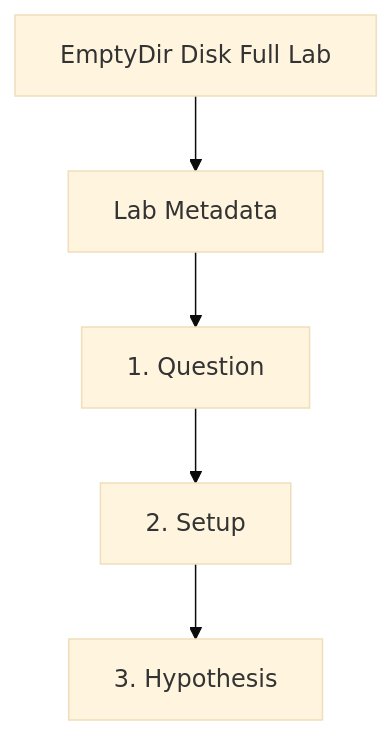
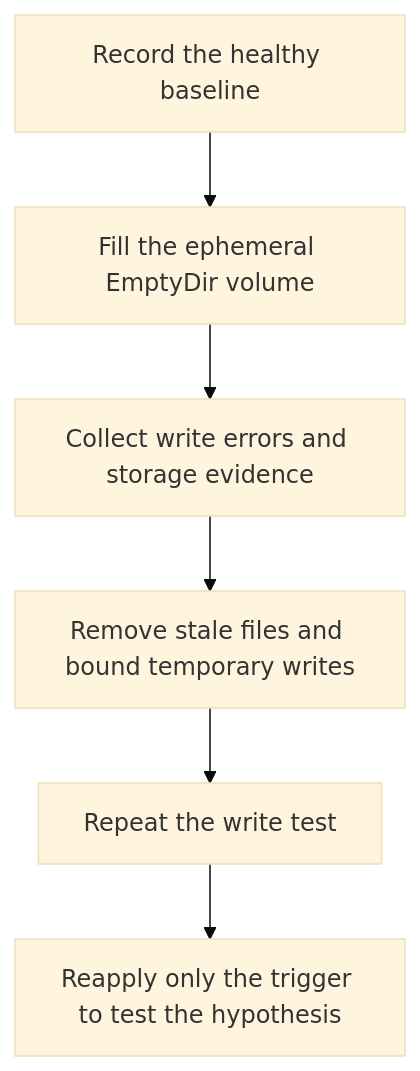
One commit to yeongseon/azure-container-apps-practical-guide changed the diagram in docs/troubleshooting/lab-guides/emptydir-disk-full.md. Above: the diagram before and after it, drawn with Mermaid (base theme). The commit also changed other lines of this file and 25 other files, not shown here.

Commit message:
docs(diagrams): migrate lab guide diagrams (#624)

````diff
--- a/docs/troubleshooting/lab-guides/emptydir-disk-full.md
+++ b/docs/troubleshooting/lab-guides/emptydir-disk-full.md
@@ -187,12 +190,8 @@
 ```mermaid
 flowchart TD
-    A["EmptyDir Disk Full Lab"]
-    B["Lab Metadata"]
-    C["1. Question"]
-    D["2. Setup"]
-    E["3. Hypothesis"]
-    A --> B
-    B --> C
-    C --> D
-    D --> E
+    BASELINE["Record the healthy baseline"] --> TRIGGER["Fill the ephemeral EmptyDir volume"]
+    TRIGGER --> OBSERVE["Collect write errors and storage evidence"]
+    OBSERVE --> FIX["Remove stale files and bound temporary writes"]
+    FIX --> VERIFY["Repeat the write test"]
+    VERIFY --> FALSIFY["Reapply only the trigger to test the hypothesis"]
 ```
````
